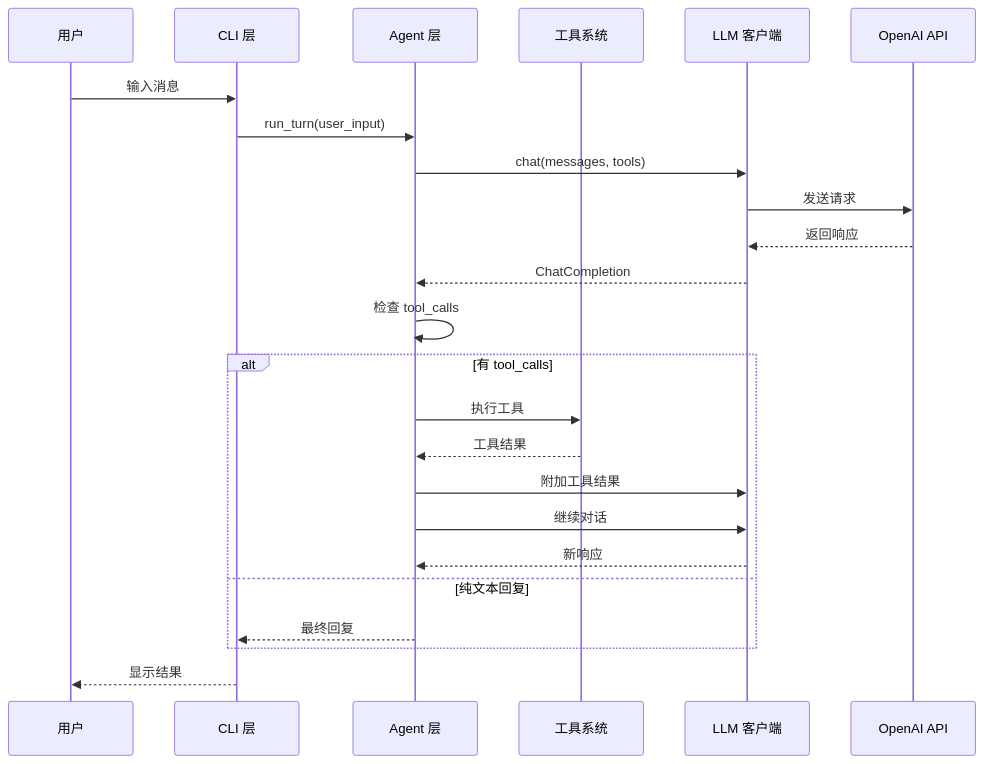
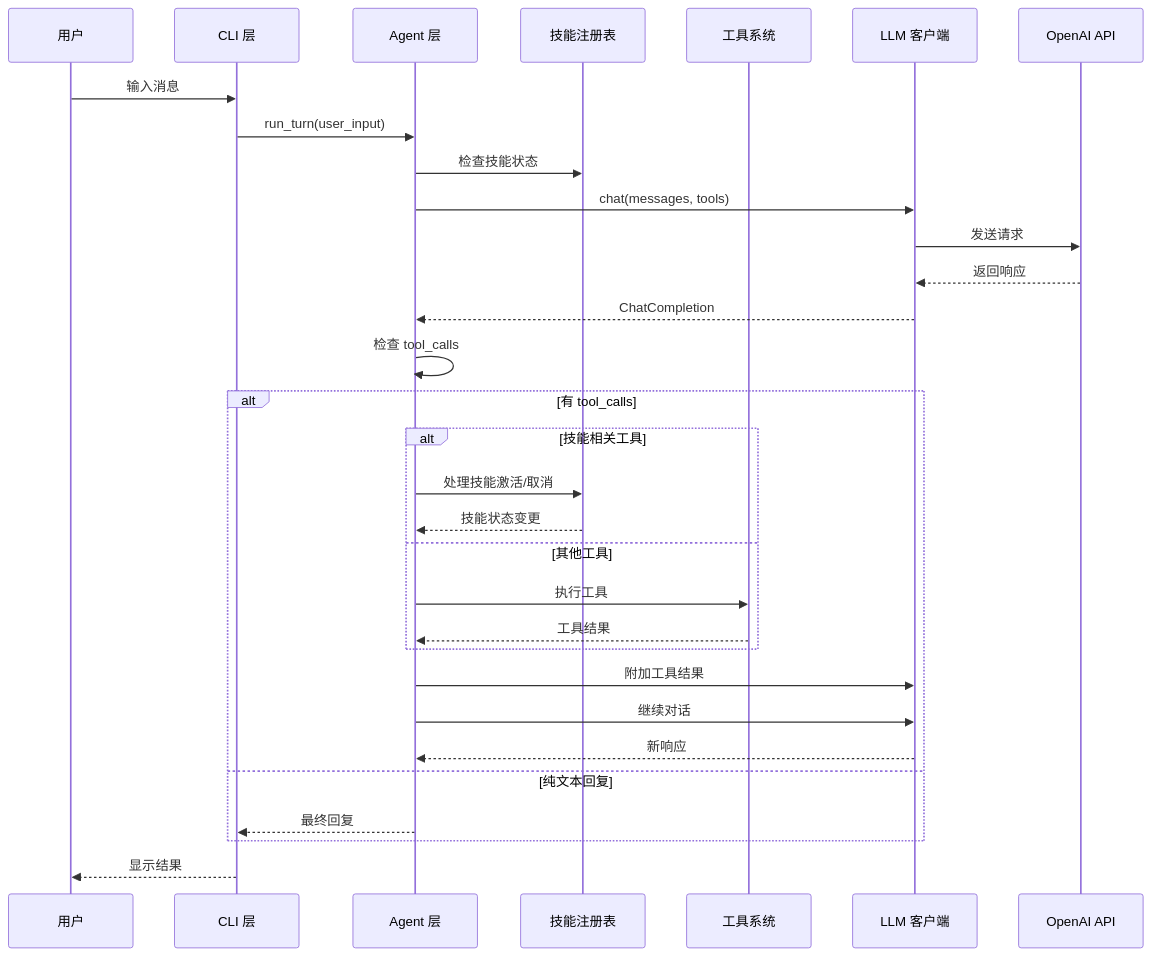
One commit to 250shiwo/MySmallAgent changed the eighth of 15 diagrams in .qoder/repowiki/zh/content/架构设计/架构设计.md. Above: the diagram before and after it, drawn with Mermaid. The commit also changed other lines of this file and 28 other files, not shown here.

````diff
--- a/.qoder/repowiki/zh/content/架构设计/架构设计.md
+++ b/.qoder/repowiki/zh/content/架构设计/架构设计.md
@@ -256,26 +350,33 @@
 ```mermaid
 sequenceDiagram
 participant User as 用户
 participant CLI as CLI 层
 participant Agent as Agent 层
+participant SkillReg as 技能注册表
 participant Tools as 工具系统
 participant LLM as LLM 客户端
 participant API as OpenAI API
 User->>CLI : 输入消息
 CLI->>Agent : run_turn(user_input)
+Agent->>SkillReg : 检查技能状态
 Agent->>LLM : chat(messages, tools)
 LLM->>API : 发送请求
 API-->>LLM : 返回响应
 LLM-->>Agent : ChatCompletion
 Agent->>Agent : 检查 tool_calls
 alt 有 tool_calls
+alt 技能相关工具
+Agent->>SkillReg : 处理技能激活/取消
+SkillReg-->>Agent : 技能状态变更
+else 其他工具
 Agent->>Tools : 执行工具
 Tools-->>Agent : 工具结果
+end
 Agent->>LLM : 附加工具结果
 Agent->>LLM : 继续对话
 LLM-->>Agent : 新响应
 else 纯文本回复
 Agent-->>CLI : 最终回复
 end
 CLI-->>User : 显示结果
 ```
````
